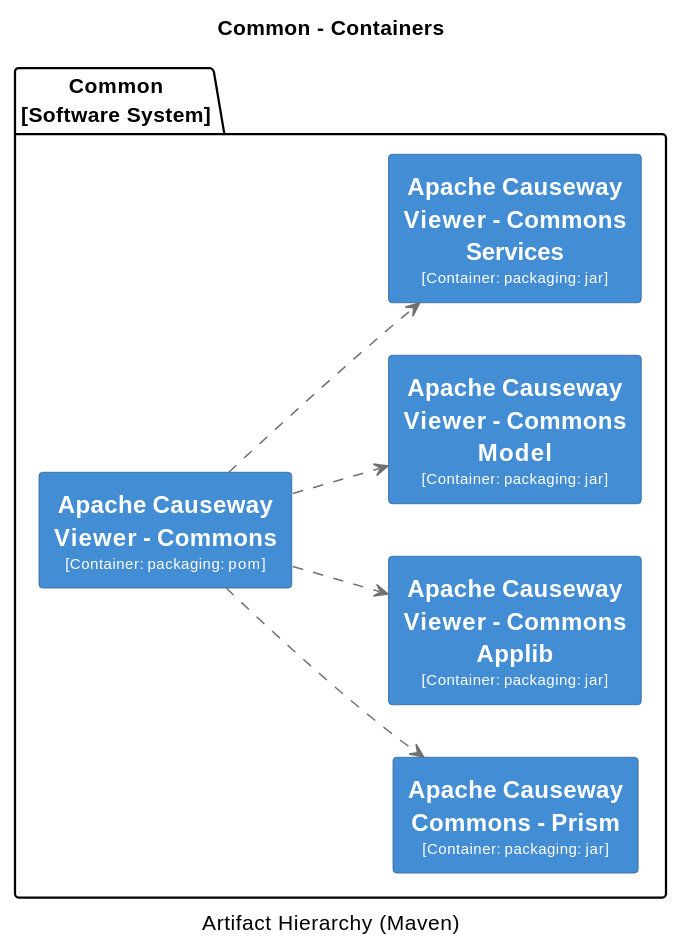
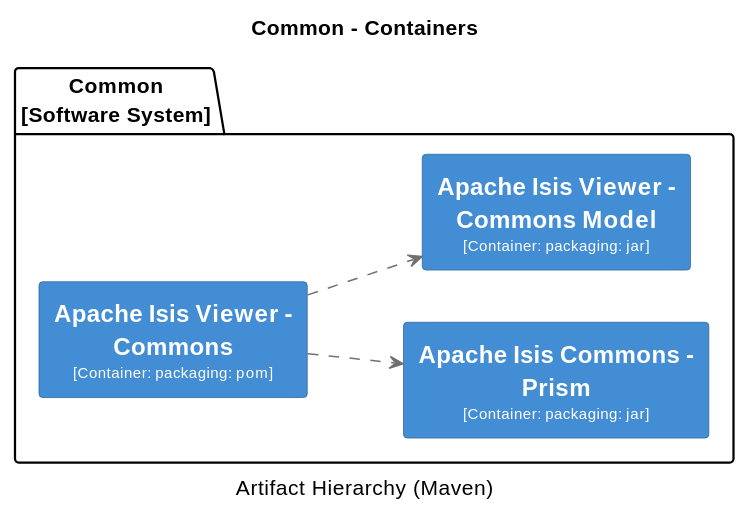
One commit to Supermajestcd/XMP--toolkits changed diagram 15 of 32 in core/adoc/modules/_overview/pages/about.adoc. Above: the diagram before and after it, drawn with PlantUML. The commit also changed other lines of this file and 13599 other files, not shown here.

```diff
--- a/core/adoc/modules/_overview/pages/about.adoc
+++ b/core/adoc/modules/_overview/pages/about.adoc
@@ -2486,53 +2427,39 @@
 [plantuml,Common,svg]
 ----
 @startuml(id=Common)
 title Common - Containers
 caption Artifact Hierarchy (Maven)
 
 skinparam {
   shadowing false
   arrowFontSize 10
   defaultTextAlignment center
   wrapWidth 200
   maxMessageSize 100
 }
 hide stereotype
 left to right direction
 skinparam rectangle<<2>> {
   BackgroundColor #438dd5
   FontColor #fffffe
   BorderColor #2E6295
 }
 skinparam rectangle<<3>> {
   BackgroundColor #438dd5
   FontColor #fffffe
   BorderColor #2E6295
 }
 skinparam rectangle<<4>> {
   BackgroundColor #438dd5
   FontColor #fffffe
   BorderColor #2E6295
 }
-skinparam rectangle<<5>> {
-  BackgroundColor #438dd5
-  FontColor #fffffe
-  BorderColor #2E6295
+package "Common\n[Software System]" {
+  rectangle "==Apache Isis Commons - Prism\n<size:10>[Container: packaging: jar]</size>" <<4>> as 4
+  rectangle "==Apache Isis Viewer - Commons\n<size:10>[Container: packaging: pom]</size>" <<2>> as 2
+  rectangle "==Apache Isis Viewer - Commons Model\n<size:10>[Container: packaging: jar]</size>" <<3>> as 3
 }
-skinparam rectangle<<6>> {
-  BackgroundColor #438dd5
-  FontColor #fffffe
-  BorderColor #2E6295
-}
-package "Common\n[Software System]" {
-  rectangle "==Apache Causeway Commons - Prism\n<size:10>[Container: packaging: jar]</size>" <<5>> as 5
-  rectangle "==Apache Causeway Viewer - Commons\n<size:10>[Container: packaging: pom]</size>" <<2>> as 2
-  rectangle "==Apache Causeway Viewer - Commons Applib\n<size:10>[Container: packaging: jar]</size>" <<3>> as 3
-  rectangle "==Apache Causeway Viewer - Commons Model\n<size:10>[Container: packaging: jar]</size>" <<4>> as 4
-  rectangle "==Apache Causeway Viewer - Commons Services\n<size:10>[Container: packaging: jar]</size>" <<6>> as 6
-}
-2 .[#707070].> 5 : ""
+2 .[#707070].> 4 : ""
 2 .[#707070].> 3 : ""
-2 .[#707070].> 4 : ""
-2 .[#707070].> 6 : ""
 @enduml
 ----
```
